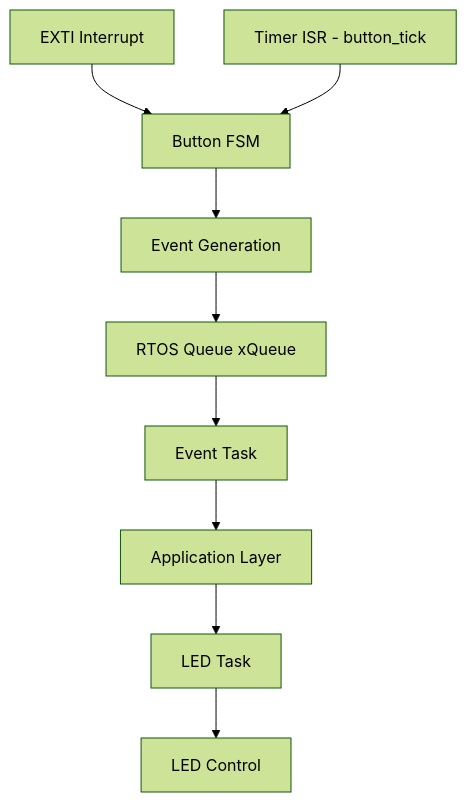
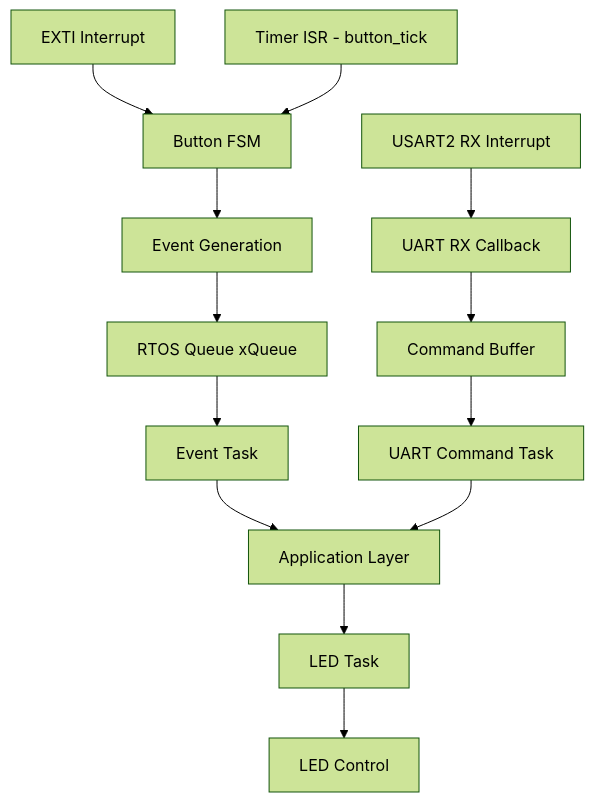
The second of 2 diagrams in README.md (vivekshenoy94-ai/stm32-event-system), drawn with Mermaid (forest theme) before and after one commit. The commit also changed other lines of this file, not shown here.

First line of the commit message:
Revise README for UART command and system updates

````diff
--- a/README.md
+++ b/README.md
@@ -451,11 +501,15 @@
 ```mermaid
 flowchart TD
     EXTI[EXTI Interrupt] --> FSM[Button FSM]
     TIMER[Timer ISR - button_tick] --> FSM
     FSM --> EVENT[Event Generation]
     EVENT --> QUEUE[RTOS Queue xQueue]
     QUEUE --> EVENT_TASK[Event Task]
     EVENT_TASK --> APP[Application Layer]
     APP --> LED_TASK[LED Task]
     LED_TASK --> OUTPUT[LED Control]
+    UART[USART2 RX Interrupt] --> UART_ISR[UART RX Callback]
+    UART_ISR --> UART_BUFFER[Command Buffer]
+    UART_BUFFER --> UART_TASK[UART Command Task]
+    UART_TASK --> APP
 ```
````
